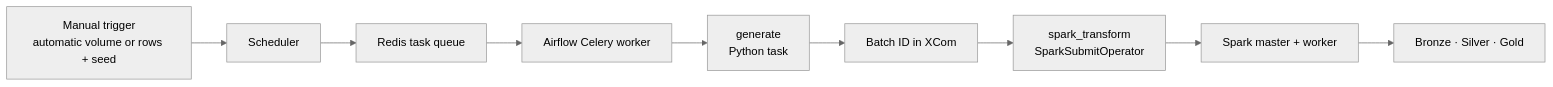
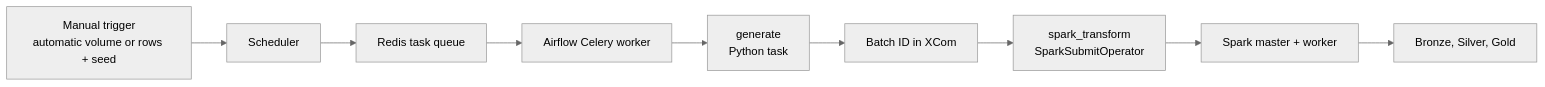
One commit to AlexHilberer/On-Prem-Data-Lakehouse changed the diagram in orchestration/README.md. Above: the diagram before and after it, drawn with Mermaid (neutral theme). The commit also changed 7 other files, not shown here.

````diff
--- a/orchestration/README.md
+++ b/orchestration/README.md
@@ -27,10 +27,10 @@
 ```mermaid
 flowchart LR
   Trigger["Manual trigger<br/>automatic volume or rows + seed"] --> Scheduler
   Scheduler --> Redis["Redis task queue"] --> Worker["Airflow Celery worker"]
   Worker --> Generate["generate<br/>Python task"]
   Generate --> Batch["Batch ID in XCom"]
   Batch --> SparkSubmit["spark_transform<br/>SparkSubmitOperator"]
   SparkSubmit --> Spark["Spark master + worker"]
-  Spark --> Iceberg["Bronze · Silver · Gold"]
+  Spark --> Iceberg["Bronze, Silver, Gold"]
 ```
````
